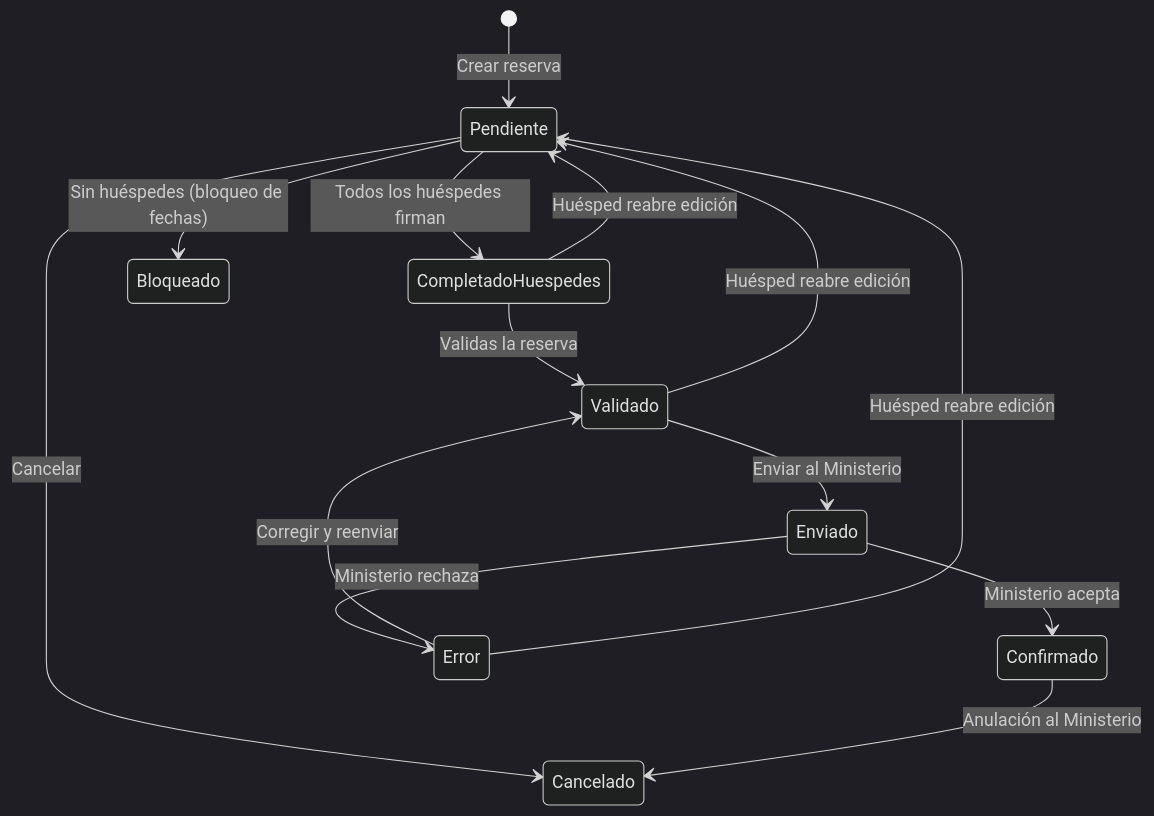
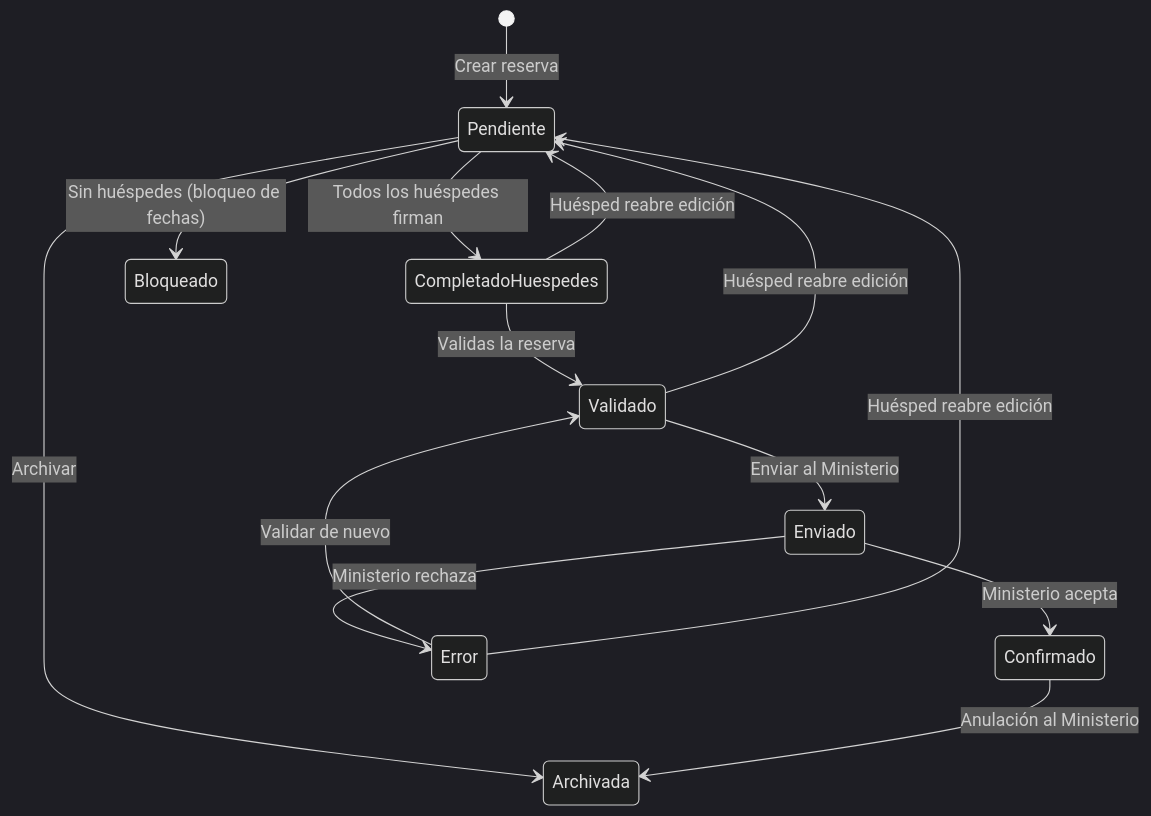
One commit to registroviajero/help changed the diagram in docs/referencia/estados.md. Above: the diagram before and after it, drawn with Mermaid (dark theme). The commit also changed other lines of this file and 21 other files, not shown here.

````diff
--- a/docs/referencia/estados.md
+++ b/docs/referencia/estados.md
@@ -12,16 +12,16 @@
 ```mermaid
 stateDiagram-v2
   [*] --> Pendiente: Crear reserva
   Pendiente --> CompletadoHuespedes: Todos los huéspedes firman
-  Pendiente --> Cancelado: Cancelar
+  Pendiente --> Archivada: Archivar
   Pendiente --> Bloqueado: Sin huéspedes (bloqueo de fechas)
   CompletadoHuespedes --> Validado: Validas la reserva
   CompletadoHuespedes --> Pendiente: Huésped reabre edición
   Validado --> Enviado: Enviar al Ministerio
   Validado --> Pendiente: Huésped reabre edición
   Enviado --> Confirmado: Ministerio acepta
   Enviado --> Error: Ministerio rechaza
-  Error --> Validado: Corregir y reenviar
+  Error --> Validado: Validar de nuevo
   Error --> Pendiente: Huésped reabre edición
-  Confirmado --> Cancelado: Anulación al Ministerio
+  Confirmado --> Archivada: Anulación al Ministerio
 ```
````
